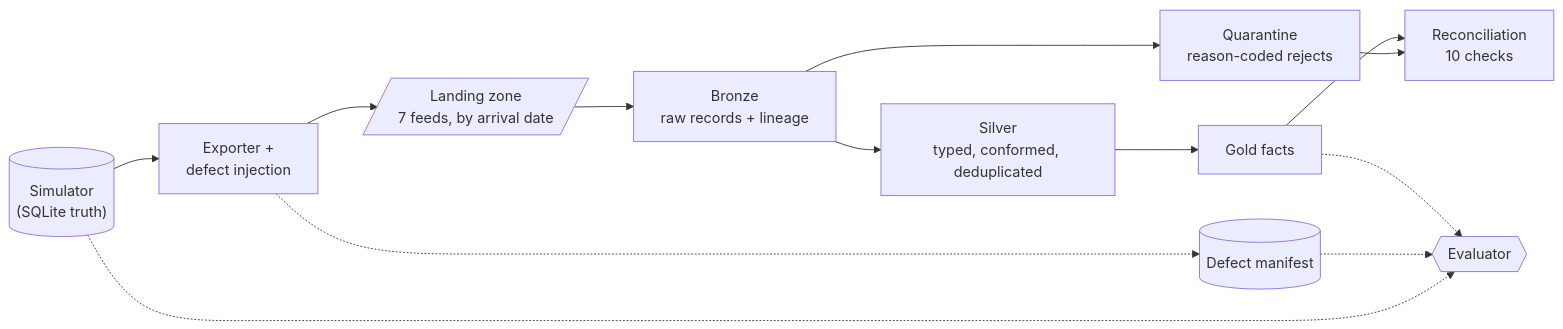
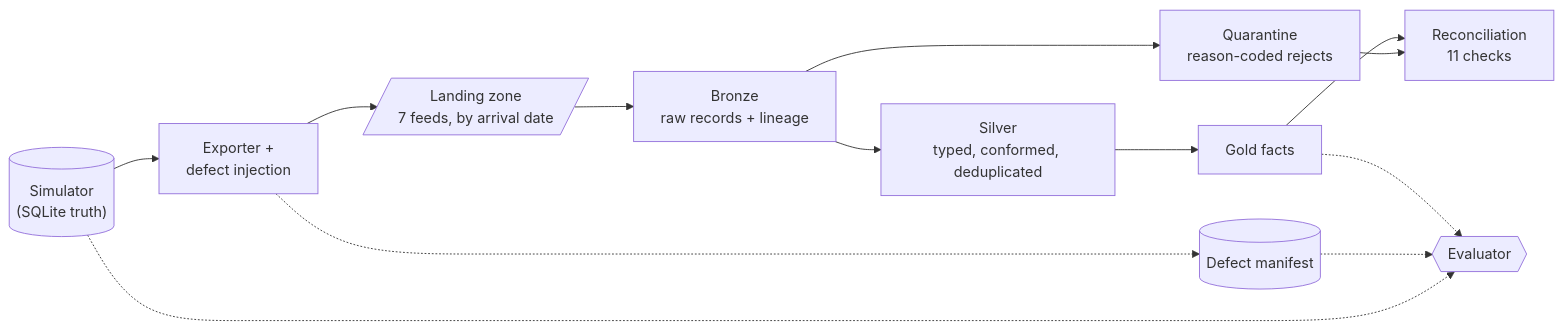
One commit to IanMc108/FactorySim changed the diagram in README.md. Above: the diagram before and after it, drawn with Mermaid. The commit also changed other lines of this file and 14 other files, not shown here.

````diff
--- a/README.md
+++ b/README.md
@@ -15,15 +15,15 @@
 ```mermaid
 flowchart LR
     sim[("Simulator<br/>(SQLite truth)")] --> exp["Exporter +<br/>defect injection"]
     exp --> landing[/"Landing zone<br/>7 feeds, by arrival date"/]
     exp -.-> manifest[("Defect manifest")]
     landing --> bronze["Bronze<br/>raw records + lineage"]
     bronze --> silver["Silver<br/>typed, conformed, deduplicated"]
     bronze --> quarantine["Quarantine<br/>reason-coded rejects"]
     silver --> gold["Gold facts"]
-    gold --> recon["Reconciliation<br/>10 checks"]
+    gold --> recon["Reconciliation<br/>11 checks"]
     quarantine --> recon
     gold -.-> eval{{"Evaluator"}}
     manifest -.-> eval
     sim -.-> eval
 ```
````
